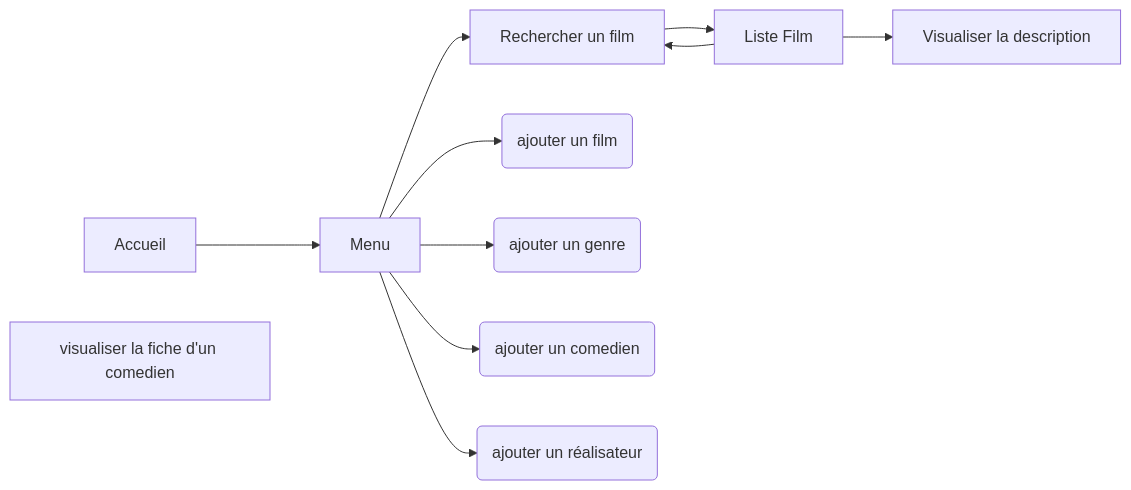
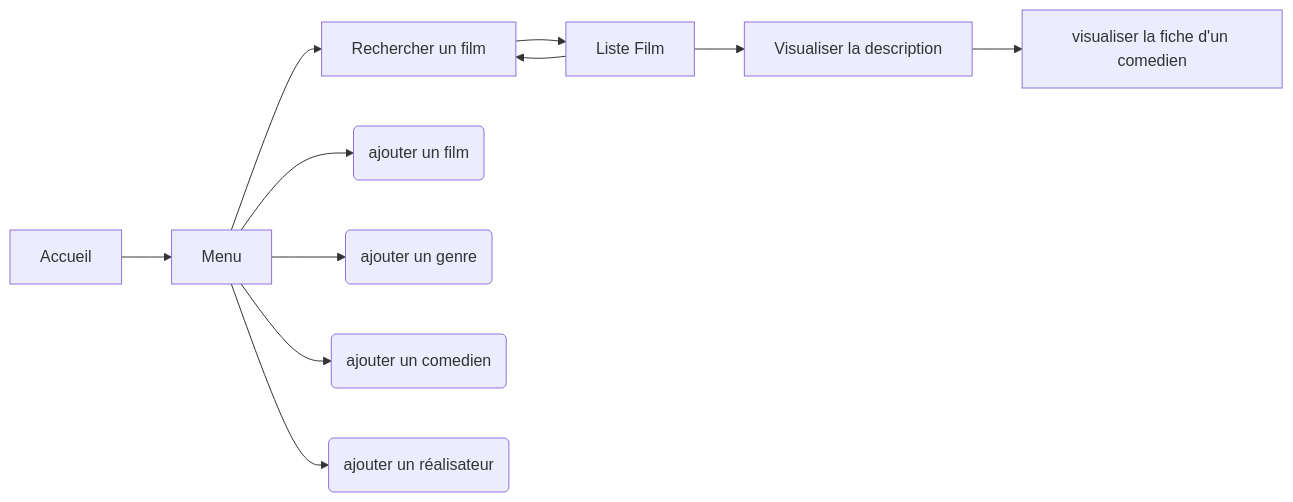
The first of 3 diagrams in README.md (Remynder0/cours_BUT_24-25), drawn with Mermaid before and after one commit. The commit also changed other lines of this file, not shown here.

Commit message:
README.md updated from https://stackedit.io/

````diff
--- a/README.md
+++ b/README.md
@@ -120,22 +120,21 @@
 ```mermaid
 graph LR
 
 A[Accueil]
 B[Visualiser la description]
 C[Rechercher un film]
 D[Liste Film] 
 E[Menu]
 J[visualiser la fiche d'un comedien]
 F(ajouter un film)
 G(ajouter un genre) 
 H(ajouter un comedien) 
 I(ajouter un réalisateur)
 
-A --> E --> C --> D --> B
-
+A --> E --> C --> D --> B --> J
 D --> C
 E --> F
 E --> G
 E --> H
 E --> I
 ```
````
